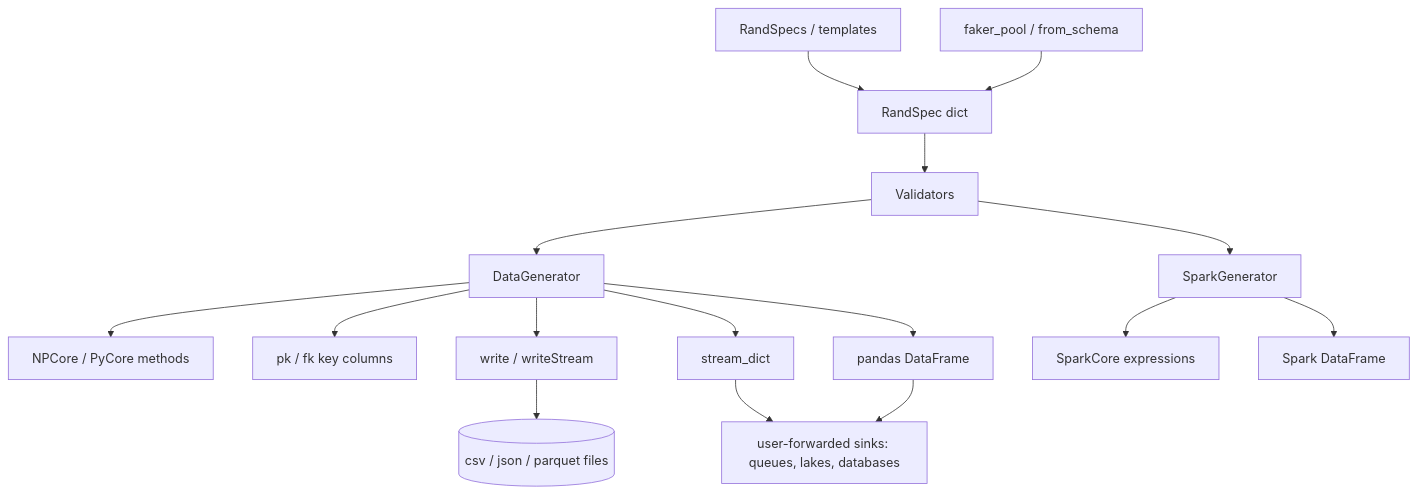
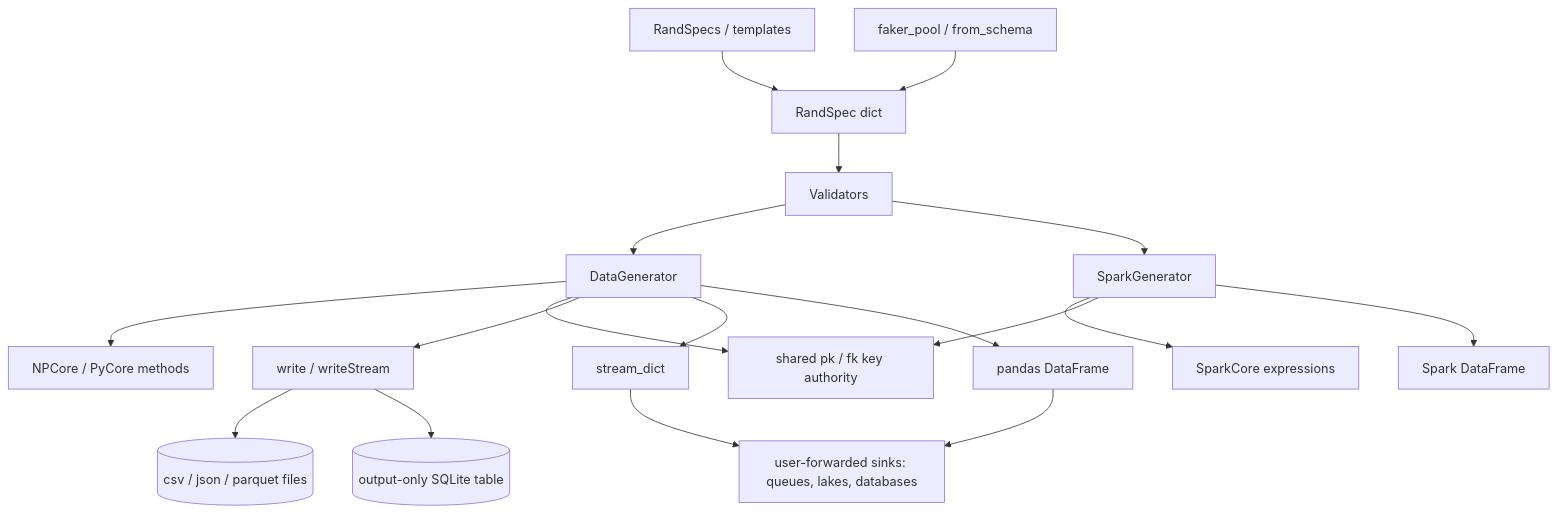
One commit to marcoaureliomenezes/rand_engine changed the diagram in specs/memory/product/index.md. Above: the diagram before and after it, drawn with Mermaid. The commit also changed other lines of this file and 19 other files, not shown here.

````diff
--- a/specs/memory/product/index.md
+++ b/specs/memory/product/index.md
@@ -86,18 +86,20 @@
 ```mermaid
 graph TD
   S[RandSpec dict] --> V[Validators]
   V --> DG[DataGenerator]
   V --> SG[SparkGenerator]
   DG --> NP[NPCore / PyCore methods]
   SG --> SC[SparkCore expressions]
-  DG --> C[pk / fk key columns]
+  DG --> C[shared pk / fk key authority]
+  SG --> C
   DG --> W[write / writeStream]
   DG --> SD[stream_dict]
   E[RandSpecs / templates] --> S
   B[faker_pool / from_schema] --> S
   DG --> DF[pandas DataFrame]
   SG --> SDF[Spark DataFrame]
   DF --> U[user-forwarded sinks: queues, lakes, databases]
   SD --> U
   W --> F[(csv / json / parquet files)]
+  W --> DB[(output-only SQLite table)]
 ```
````
